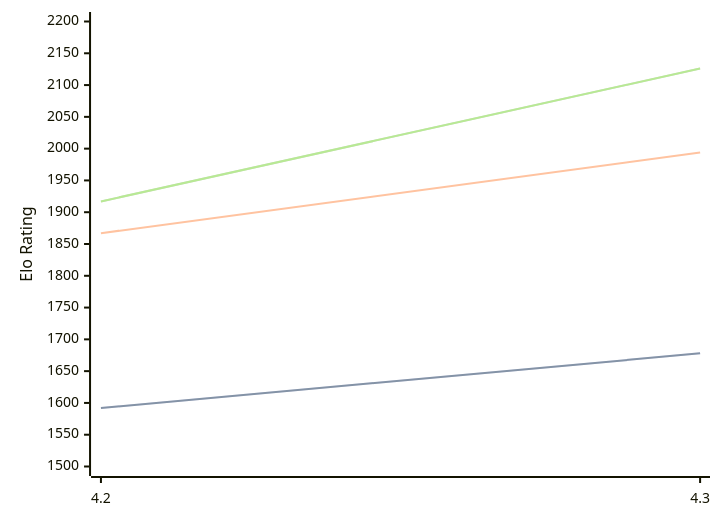
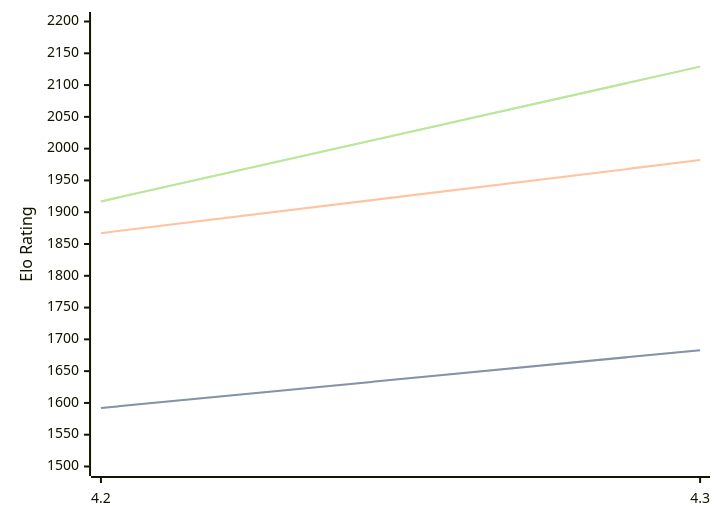
One commit to computer-chess-index/cci changed the diagram in engines/Radiance.md. Above: the diagram before and after it, drawn with Mermaid. The commit also changed other lines of this file, not shown here.

Commit message:
Update CCI Ratings (ELO VLTC) - 2026-04-13

````diff
--- a/engines/Radiance.md
+++ b/engines/Radiance.md
@@ -35,11 +35,11 @@
 ```mermaid
 %%{init: {"theme":"base","themeVariables":{"seriesColors:['#a3a3a3','#222221','#faa371']}}}%%
 xychart-beta
   x-axis ["4.2", "4.3"]
   y-axis "Elo Rating" 1500 --> 2200
-  line "STC (8.0+0.08s)" [1592, 1678]
-  line "STC (8.0+0.08s)" [1592, 1678]
-  line "LTC (60.0+0.60s)" [1867, 1994]
-  line "VLTC (2m24s+1.12s)" [1917, 2126]
-  line "VLTC (2m24s+1.12s)" [1917, 2126]
+  line "STC (8.0+0.08s)" [1592, 1683]
+  line "STC (8.0+0.08s)" [1592, 1683]
+  line "LTC (60.0+0.60s)" [1867, 1982]
+  line "VLTC (2m24s+1.12s)" [1917, 2129]
+  line "VLTC (2m24s+1.12s)" [1917, 2129]
 ```
````
